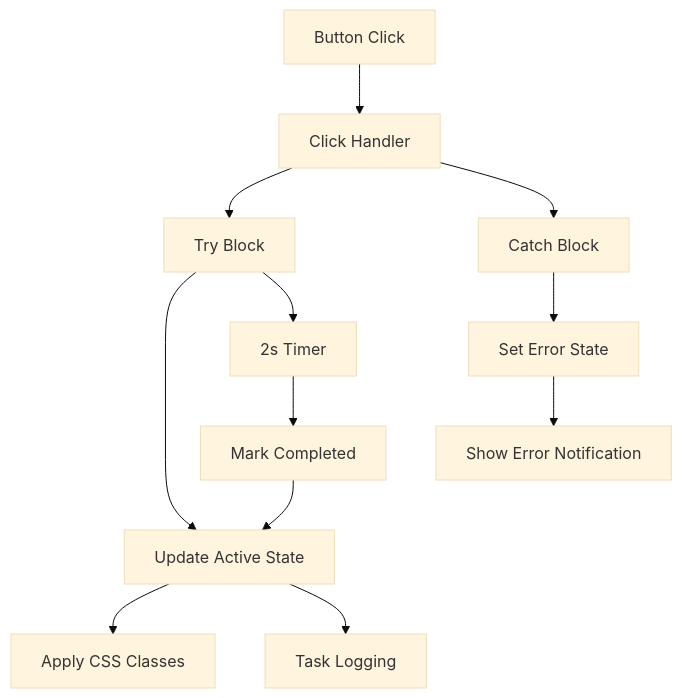
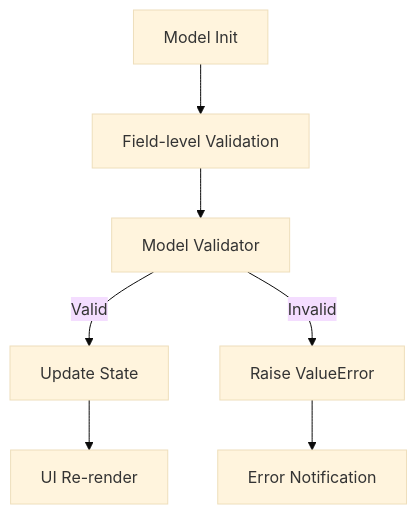
The second of 2 diagrams in memory-bank/systemPatterns.md (HadleyLab/nice), drawn with Mermaid (base theme) before and after one commit. The commit also changed other lines of this file and 4 other files, not shown here.

````diff
--- a/memory-bank/systemPatterns.md
+++ b/memory-bank/systemPatterns.md
@@ -8,15 +17,9 @@
 ```mermaid
 flowchart TD
-    Click[Button Click] --> Handler[Click Handler]
-    Handler --> Try[Try Block]
-    Try --> UpdateState[Update Active State]
-    Try --> SimulateTask[2s Timer]
-    SimulateTask --> Complete[Mark Completed]
-    Complete --> UpdateState
-    Handler --> Catch[Catch Block]
-    Catch --> ErrorState[Set Error State]
-    ErrorState --> Notify[Show Error Notification]
-    
-    UpdateState --> Styles[Apply CSS Classes]
-    UpdateState --> Log[Task Logging]
+    Init[Model Init] --> FieldCheck[Field-level Validation]
+    FieldCheck --> ModelCheck[Model Validator]
+    ModelCheck -->|Valid| StateUpdate[Update State]
+    ModelCheck -->|Invalid| Error[Raise ValueError]
+    Error --> Notify[Error Notification]
+    StateUpdate --> Render[UI Re-render]
 ```
````
